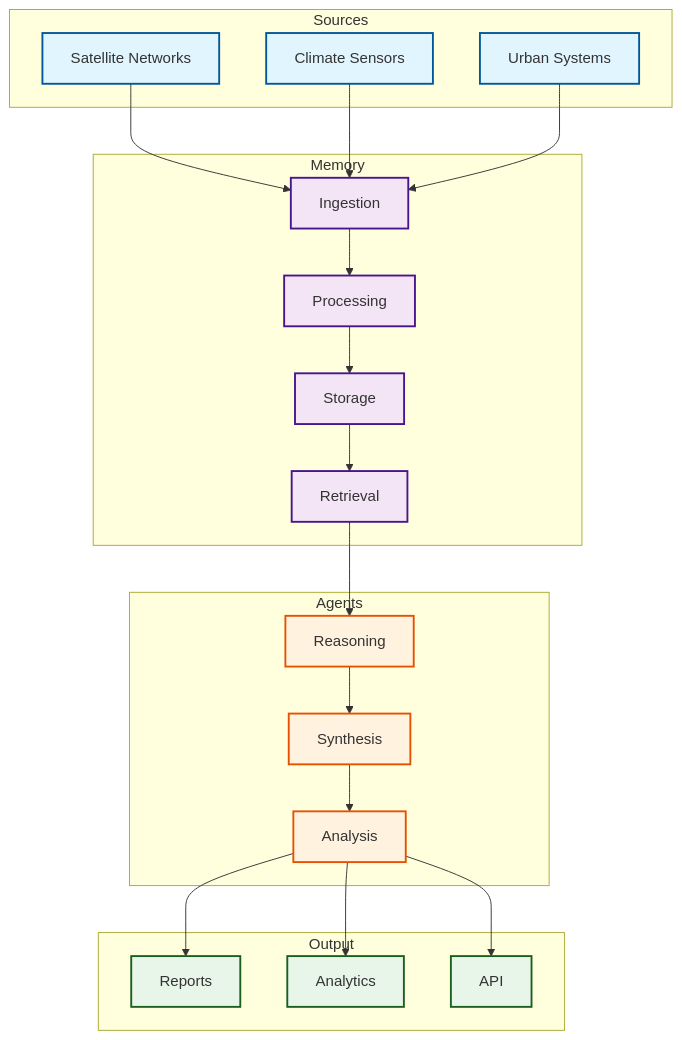
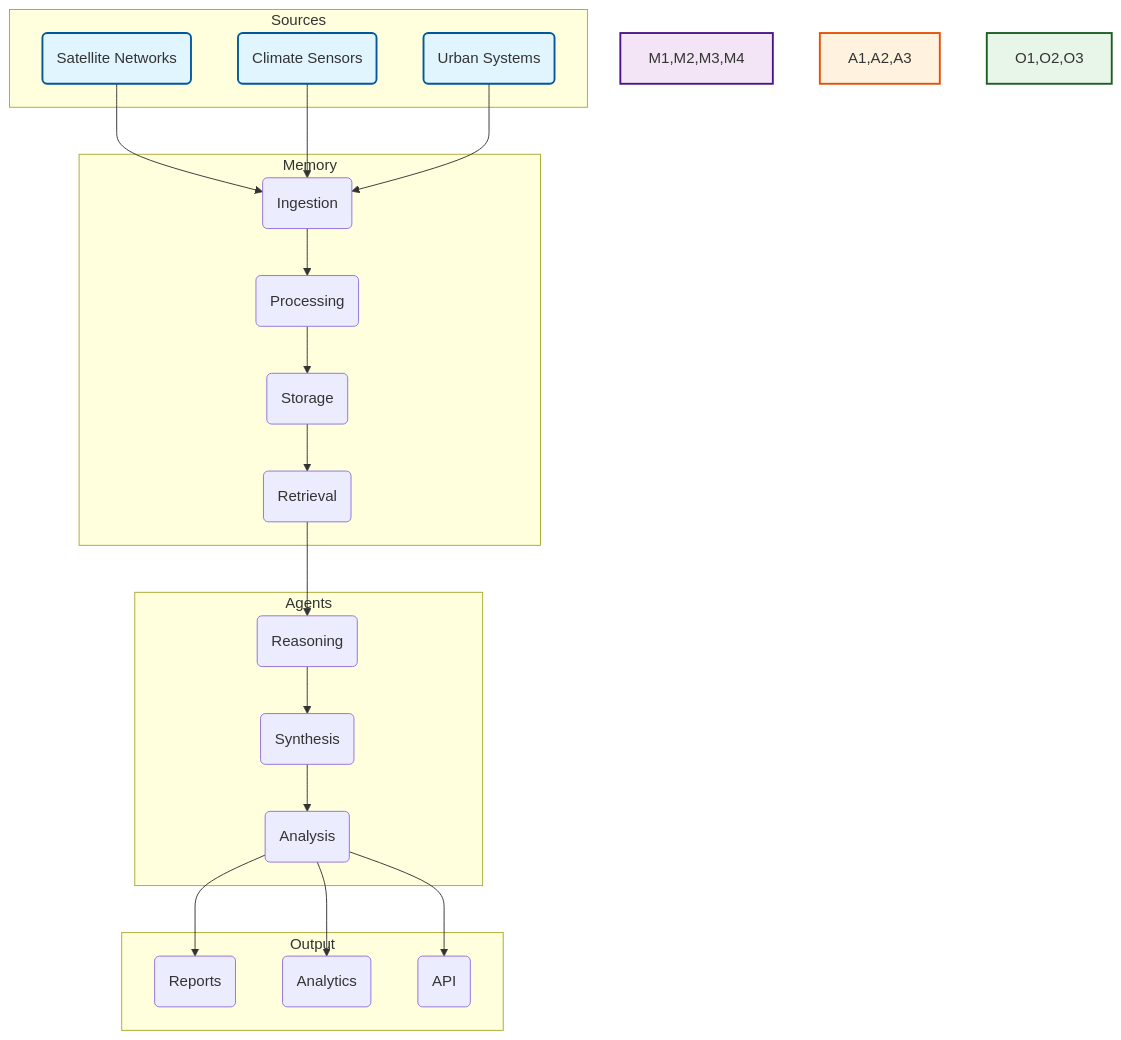
The first of 3 diagrams in README.md (Vortx-AI/memories-dev), drawn with Mermaid before and after one commit.

````diff
--- a/README.md
+++ b/README.md
@@ -42,49 +42,51 @@
 ```mermaid
 graph TD
-    %% Styles
-    classDef source fill:#e1f5fe,stroke:#01579b,stroke-width:2px;
-    classDef memory fill:#f3e5f5,stroke:#4a148c,stroke-width:2px;
-    classDef agent fill:#fff3e0,stroke:#e65100,stroke-width:2px;
-    classDef output fill:#e8f5e9,stroke:#1b5e20,stroke-width:2px;
+    %% Style definitions
+    classDef source fill:#e1f5fe,stroke:#01579b,stroke-width:2px
+    classDef memory fill:#f3e5f5,stroke:#4a148c,stroke-width:2px
+    classDef agent fill:#fff3e0,stroke:#e65100,stroke-width:2px
+    classDef output fill:#e8f5e9,stroke:#1b5e20,stroke-width:2px
 
     %% Data Sources
     subgraph Sources
-        S1[Satellite Networks]
-        S2[Climate Sensors]
-        S3[Urban Systems]
+        S1(Satellite Networks)
+        S2(Climate Sensors)
+        S3(Urban Systems)
     end
 
     %% Memory System
     subgraph Memory
-        M1[Ingestion]
-        M2[Processing]
-        M3[Storage]
-        M4[Retrieval]
+        M1(Ingestion)
+        M2(Processing)
+        M3(Storage)
+        M4(Retrieval)
     end
 
     %% Agent System
     subgraph Agents
-        A1[Reasoning]
-        A2[Synthesis]
-        A3[Analysis]
+        A1(Reasoning)
+        A2(Synthesis)
+        A3(Analysis)
     end
 
     %% Output System
     subgraph Output
-        O1[Reports]
-        O2[Analytics]
-        O3[API]
+        O1(Reports)
+        O2(Analytics)
+        O3(API)
     end
 
-    %% Flow
+    %% Connections
     S1 & S2 & S3 --> M1
     M1 --> M2 --> M3 --> M4
     M4 --> A1 --> A2 --> A3
     A3 --> O1 & O2 & O3
 
-    %% Apply styles
-    class S1,S2,S3 source;
-    class M1,M2,M3,M4 memory;
-    class A1,A2,A3 agent;
-    class O1,O2,O3 output;
+    %% Style assignments
+    style S1 fill:#e1f5fe,stroke:#01579b,stroke-width:2px
+    style S2 fill:#e1f5fe,stroke:#01579b,stroke-width:2px
+    style S3 fill:#e1f5fe,stroke:#01579b,stroke-width:2px
+    style M1,M2,M3,M4 fill:#f3e5f5,stroke:#4a148c,stroke-width:2px
+    style A1,A2,A3 fill:#fff3e0,stroke:#e65100,stroke-width:2px
+    style O1,O2,O3 fill:#e8f5e9,stroke:#1b5e20,stroke-width:2px
 ```
````
